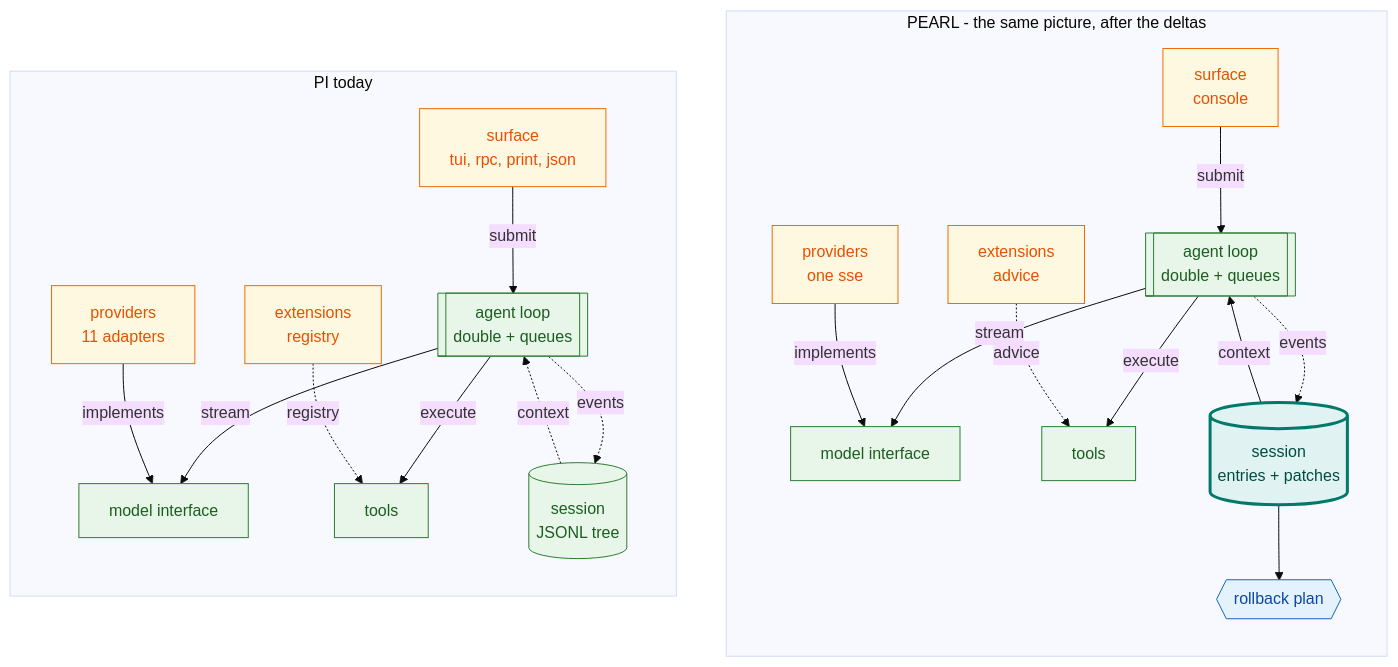
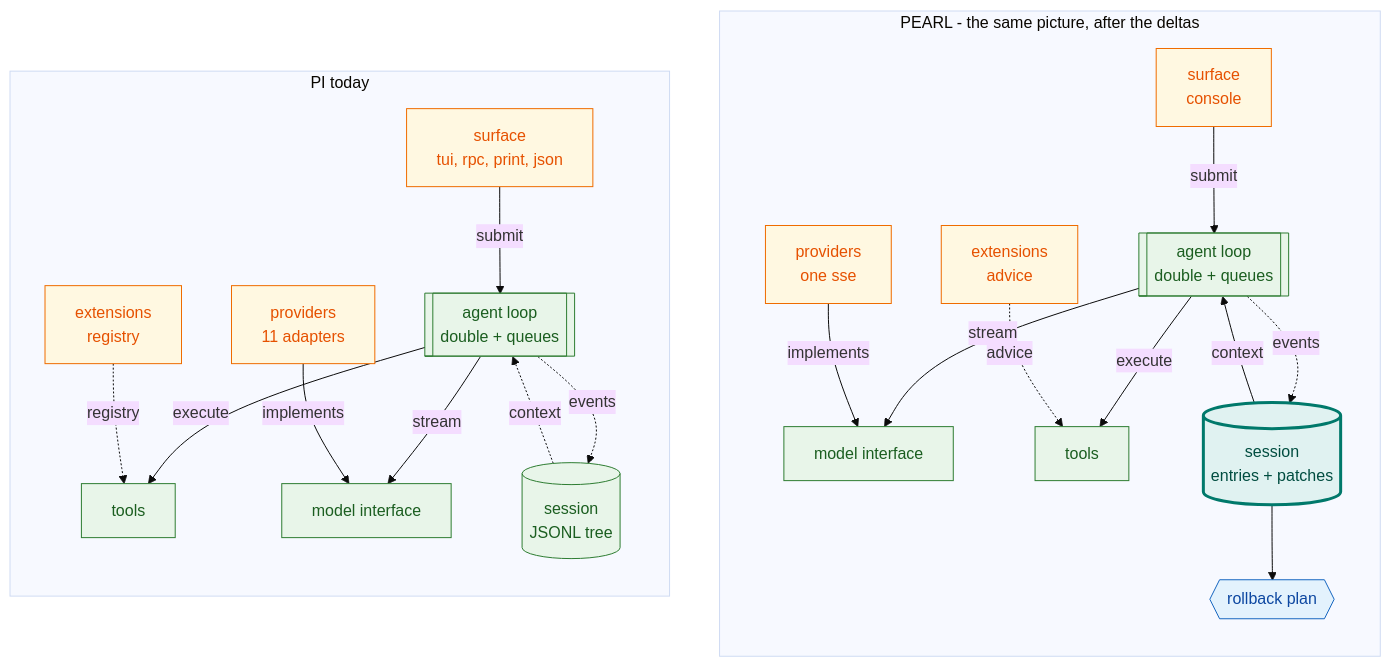
Before and after one commit to OverbearingPearl/pearl: the diagram in README.md, drawn with Mermaid (base theme). The commit also changed other lines of this file, not shown here.

````diff
--- a/README.md
+++ b/README.md
@@ -50,33 +57,33 @@
 ```mermaid
 flowchart TB
   subgraph R["PEARL - the same picture, after the deltas"]
     direction TB
     r_surf["surface<br/>console"] -->|submit| r_loop[["agent loop<br/>double + queues"]]
     r_loop -->|stream| r_model["model interface"]
     r_loop -->|execute| r_tools["tools"]
     r_loop -.->|events| r_sess[("session<br/>entries + patches")]
     r_sess -->|context| r_loop
     r_sess --> r_plan{{"rollback plan"}}
     r_ext["extensions<br/>advice"] -.->|advice| r_tools
     r_prov["providers<br/>one sse"] -->|implements| r_model
   end
   subgraph L["PI today"]
     direction TB
     l_surf["surface<br/>tui, rpc, print, json"] -->|submit| l_loop[["agent loop<br/>double + queues"]]
+    l_loop -->|execute| l_tools["tools"]
     l_loop -->|stream| l_model["model interface"]
-    l_loop -->|execute| l_tools["tools"]
     l_loop -.->|events| l_sess[("session<br/>JSONL tree")]
     l_sess -.->|context| l_loop
     l_ext["extensions<br/>registry"] -.->|registry| l_tools
     l_prov["providers<br/>11 adapters"] -->|implements| l_model
   end
   classDef keep fill:#e8f5e9,stroke:#2e7d32,color:#1b5e20
   classDef moved fill:#e0f2f1,stroke:#00796b,color:#004d40,stroke-width:3px
   classDef added fill:#e3f2fd,stroke:#1565c0,color:#0d47a1
   classDef changed fill:#fff8e1,stroke:#ef6c00,color:#e65100
   class l_loop,l_model,l_tools,l_sess,r_loop,r_model,r_tools keep
   class l_surf,l_ext,l_prov changed
   class r_surf,r_ext,r_prov changed
   class r_sess moved
   class r_plan added
 ```
````
